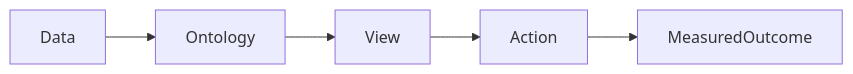
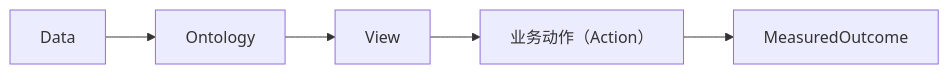
The diagram in days/Day-14.md (rexlin600/ontology_practice), drawn with Mermaid before and after one commit. The commit also changed other lines of this file, not shown here.

````diff
--- a/days/Day-14.md
+++ b/days/Day-14.md
@@ -16,8 +31,8 @@
 ```mermaid
 flowchart LR
   Data["Data"] --> Ontology["Ontology"]
   Ontology["Ontology"] --> View["View"]
-  View["View"] --> Action["Action"]
-  Action["Action"] --> MeasuredOutcome["MeasuredOutcome"]
+  View["View"] --> Action["业务动作（Action）"]
+  Action["业务动作（Action）"] --> MeasuredOutcome["MeasuredOutcome"]
 
 ```
````
